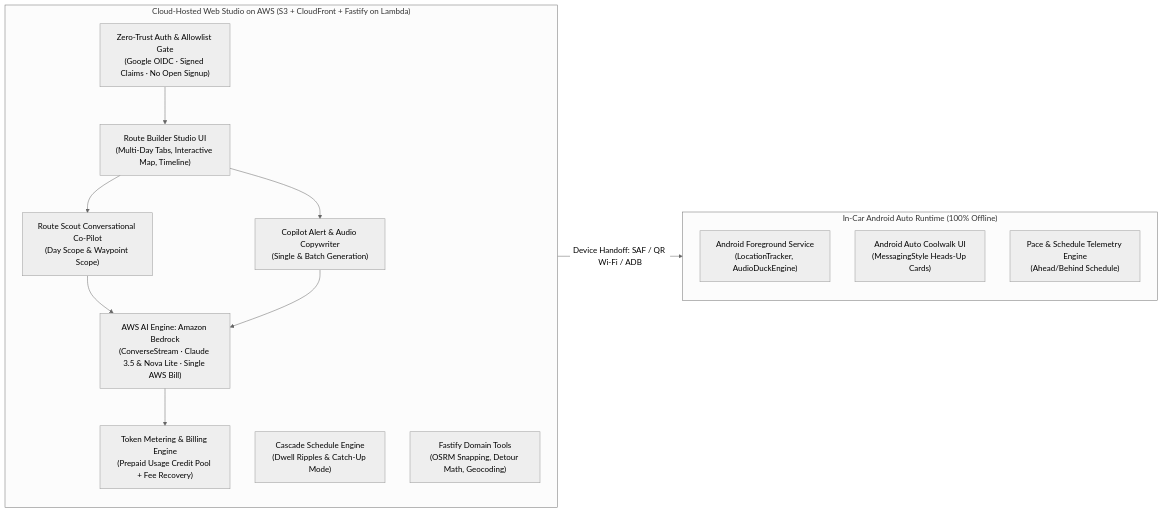
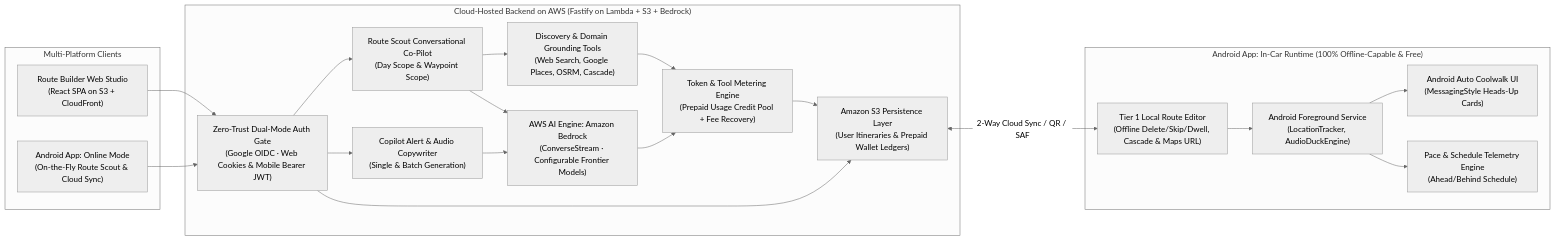
One commit to ecoonradt/roadtrip-copilot changed the first of 6 diagrams in docs/route_scout_cloud_architecture.md. Above: the diagram before and after it, drawn with Mermaid (neutral theme). The commit also changed other lines of this file and 2 other files, not shown here.

Commit message:
docs: add Android on-the-fly route editing and cloud client architecture

````diff
--- a/docs/route_scout_cloud_architecture.md
+++ b/docs/route_scout_cloud_architecture.md
@@ -11,27 +11,40 @@
 ```mermaid
 flowchart LR
-    subgraph CloudHosted["Cloud-Hosted Web Studio on AWS (S3 + CloudFront + Fastify on Lambda)"]
-        AuthGate["Zero-Trust Auth & Allowlist Gate\n(Google OIDC · Signed Claims · No Open Signup)"]
-        Studio["Route Builder Studio UI\n(Multi-Day Tabs, Interactive Map, Timeline)"]
-        Scout["Route Scout Conversational Co-Pilot\n(Day Scope & Waypoint Scope)"]
-        Cascade["Cascade Schedule Engine\n(Dwell Ripples & Catch-Up Mode)"]
-        Copywriter["Copilot Alert & Audio Copywriter\n(Single & Batch Generation)"]
-        BackendTools["Fastify Domain Tools\n(OSRM Snapping, Detour Math, Geocoding)"]
-        AIRouter["AWS AI Engine: Amazon Bedrock\n(ConverseStream · Claude 3.5 & Nova Lite · Single AWS Bill)"]
-        BillingEngine["Token Metering & Billing Engine\n(Prepaid Usage Credit Pool + Fee Recovery)"]
+    subgraph Clients["Multi-Platform Clients"]
+        Studio["Route Builder Web Studio\n(React SPA on S3 + CloudFront)"]
+        AndroidOnline["Android App: Online Mode\n(On-the-Fly Route Scout & Cloud Sync)"]
     end
 
-    subgraph OfflineCar["In-Car Android Auto Runtime (100% Offline)"]
+    subgraph CloudHosted["Cloud-Hosted Backend on AWS (Fastify on Lambda + S3 + Bedrock)"]
+        AuthGate["Zero-Trust Dual-Mode Auth Gate\n(Google OIDC · Web Cookies & Mobile Bearer JWT)"]
+        Scout["Route Scout Conversational Co-Pilot\n(Day Scope & Waypoint Scope)"]
+        Copywriter["Copilot Alert & Audio Copywriter\n(Single & Batch Generation)"]
+        BackendTools["Discovery & Domain Grounding Tools\n(Web Search, Google Places, OSRM, Cascade)"]
+        AIRouter["AWS AI Engine: Amazon Bedrock\n(ConverseStream · Configurable Frontier Models)"]
+        S3Store["Amazon S3 Persistence Layer\n(User Itineraries & Prepaid Wallet Ledgers)"]
+        BillingEngine["Token & Tool Metering Engine\n(Prepaid Usage Credit Pool + Fee Recovery)"]
+    end
+
+    subgraph OfflineCar["Android App: In-Car Runtime (100% Offline-Capable & Free)"]
+        LocalEdit["Tier 1 Local Route Editor\n(Offline Delete/Skip/Dwell, Cascade & Maps URL)"]
         Service["Android Foreground Service\n(LocationTracker, AudioDuckEngine)"]
         AutoUI["Android Auto Coolwalk UI\n(MessagingStyle Heads-Up Cards)"]
         PaceEngine["Pace & Schedule Telemetry Engine\n(Ahead/Behind Schedule)"]
     end
 
-    AuthGate --> Studio
-    Studio --> Scout
-    Studio --> Copywriter
+    Studio --> AuthGate
+    AndroidOnline --> AuthGate
+    AuthGate --> Scout
+    AuthGate --> Copywriter
+    AuthGate --> S3Store
+    Scout --> BackendTools
     Scout --> AIRouter
     Copywriter --> AIRouter
     AIRouter --> BillingEngine
-    CloudHosted -->|Device Handoff: SAF / QR Wi-Fi / ADB| OfflineCar
+    BackendTools --> BillingEngine
+    BillingEngine --> S3Store
+    S3Store <-->|2-Way Cloud Sync / QR / SAF| LocalEdit
+    LocalEdit --> Service
+    Service --> AutoUI
+    Service --> PaceEngine
 ```
````
